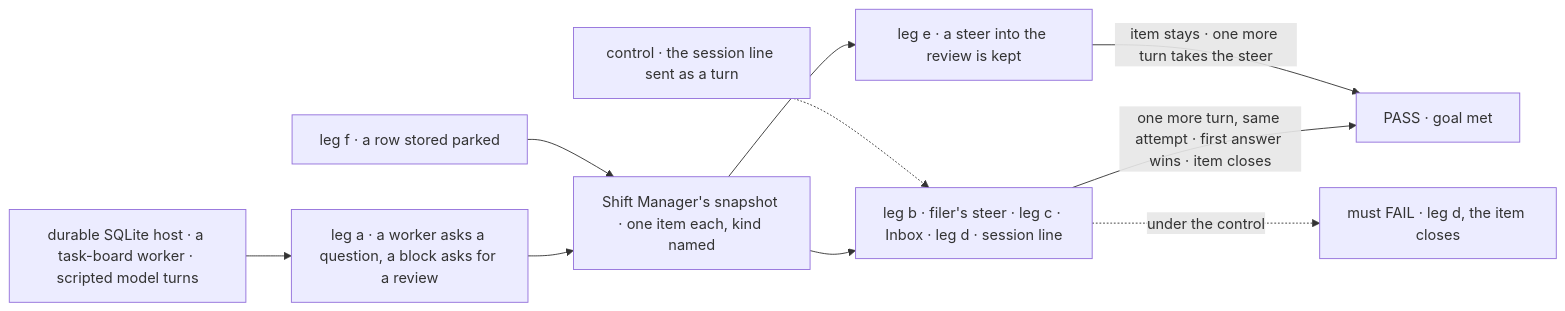
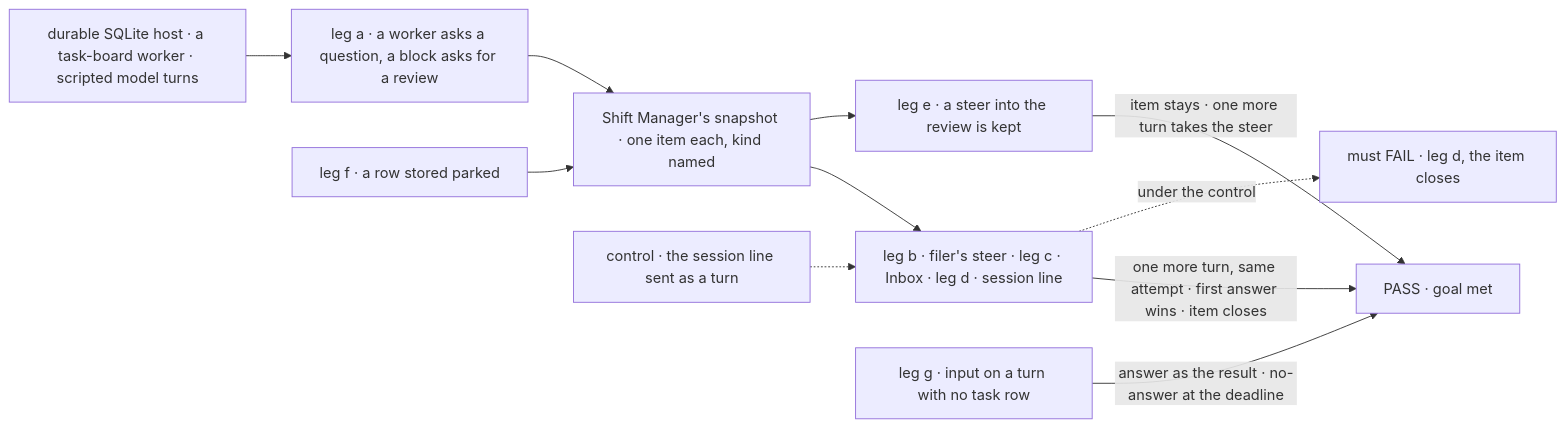
The first of 2 diagrams in specs/issues/FIX-2131/SPEC.md (fixpoint-labs/flow-state-dev), drawn with Mermaid before and after one commit. The commit also changed other lines of this file and 2 other files, not shown here.

First line of the commit message:
spec(FIX-2131): fold Codex round 3 — input kind, feedback-less parks, migrated cap, overlap precedence

````diff
--- a/specs/issues/FIX-2131/SPEC.md
+++ b/specs/issues/FIX-2131/SPEC.md
@@ -29,12 +29,13 @@
 ```mermaid
 flowchart LR
   H["durable SQLite host · a task-board worker · scripted model turns"] --> A["leg a · a worker asks a question, a block asks for a review"]
   A --> I["Shift Manager's snapshot · one item each, kind named"]
   I --> B["leg b · filer's steer · leg c · Inbox · leg d · session line"]
   I --> W["leg e · a steer into the review is kept"]
   L["leg f · a row stored parked"] --> I
+  N["leg g · input on a turn with no task row"] -->|"answer as the result · no-answer at the deadline"| P
   B -->|"one more turn, same attempt · first answer wins · item closes"| P["PASS · goal met"]
   W -->|"item stays · one more turn takes the steer"| P
   C["control · the session line sent as a turn"] -.-> B
   B -.->|"under the control"| F["must FAIL · leg d, the item closes"]
 ```
````
